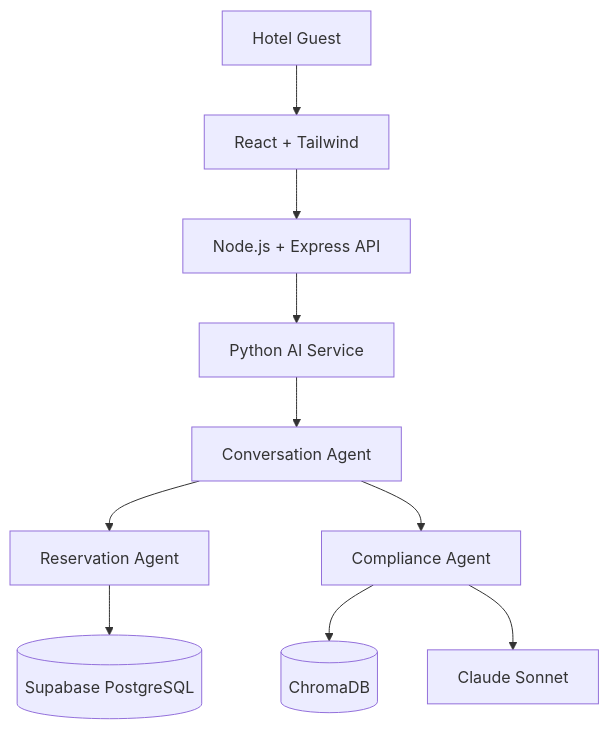
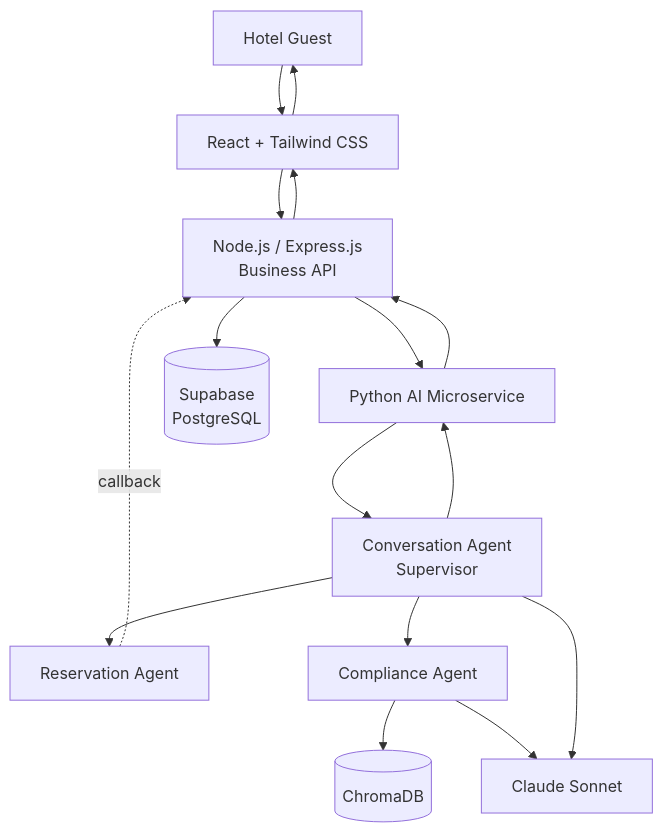
One commit to AmoghPai19/Multi-Agent-AI-Hotel-Support-System changed the first of 8 diagrams in docs/architecture/architecture.md. Above: the diagram before and after it, drawn with Mermaid. The commit also changed other lines of this file, not shown here.

Commit message:
Added architecture specification document

````diff
--- a/docs/architecture/architecture.md
+++ b/docs/architecture/architecture.md
@@ -69,22 +55,29 @@
 ```mermaid
 flowchart TD
-    User[Hotel Guest]
-    React[React + Tailwind]
-    Node[Node.js + Express API]
-    Python[Python AI Service]
-    Conversation[Conversation Agent]
+    Guest[Hotel Guest]
+    React[React + Tailwind CSS]
+    Node[Node.js / Express.js<br/>Business API]
+    Python[Python AI Microservice]
+    Conversation[Conversation Agent<br/>Supervisor]
     Reservation[Reservation Agent]
     Compliance[Compliance Agent]
-    Supabase[(Supabase PostgreSQL)]
+    Supabase[(Supabase<br/>PostgreSQL)]
     Chroma[(ChromaDB)]
     Claude[Claude Sonnet]
-    User --> React
+
+    Guest --> React
     React --> Node
     Node --> Python
     Python --> Conversation
     Conversation --> Reservation
     Conversation --> Compliance
-    Reservation --> Supabase
+    Reservation -.callback.-> Node
+    Node --> Supabase
     Compliance --> Chroma
     Compliance --> Claude
+    Conversation --> Claude
+    Conversation --> Python
+    Python --> Node
+    Node --> React
+    React --> Guest
 ```
````
